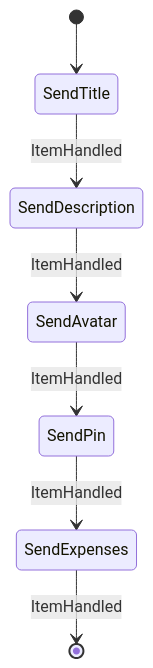
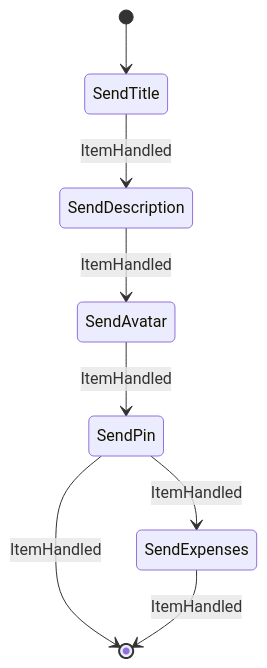
One commit to cbgm/Sparrow changed diagram 11 of 16 in docs/architecture/workflows/groupstate.md. Above: the diagram before and after it, drawn with Mermaid. The commit also changed other lines of this file and 149 other files, not shown here.

````diff
--- a/docs/architecture/workflows/groupstate.md
+++ b/docs/architecture/workflows/groupstate.md
@@ -246,9 +247,10 @@
 ```mermaid
 stateDiagram-v2
     [*] --> SendTitle
     SendTitle --> SendDescription : ItemHandled
     SendDescription --> SendAvatar : ItemHandled
     SendAvatar --> SendPin : ItemHandled
     SendPin --> SendExpenses : ItemHandled
+    SendPin --> [*] : ItemHandled
     SendExpenses --> [*] : ItemHandled
 ```
````
